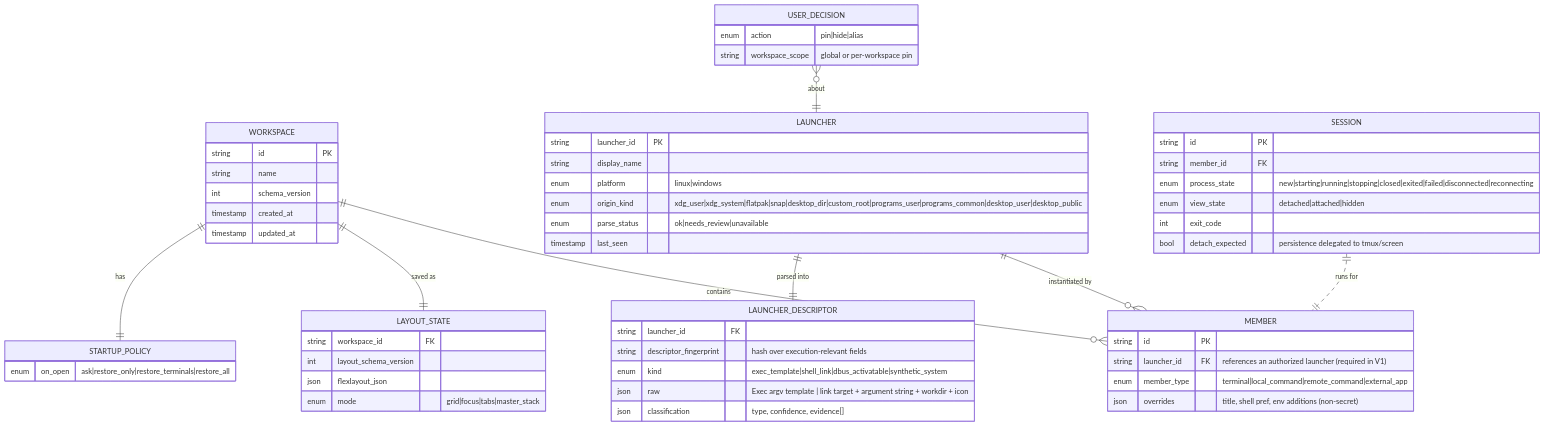
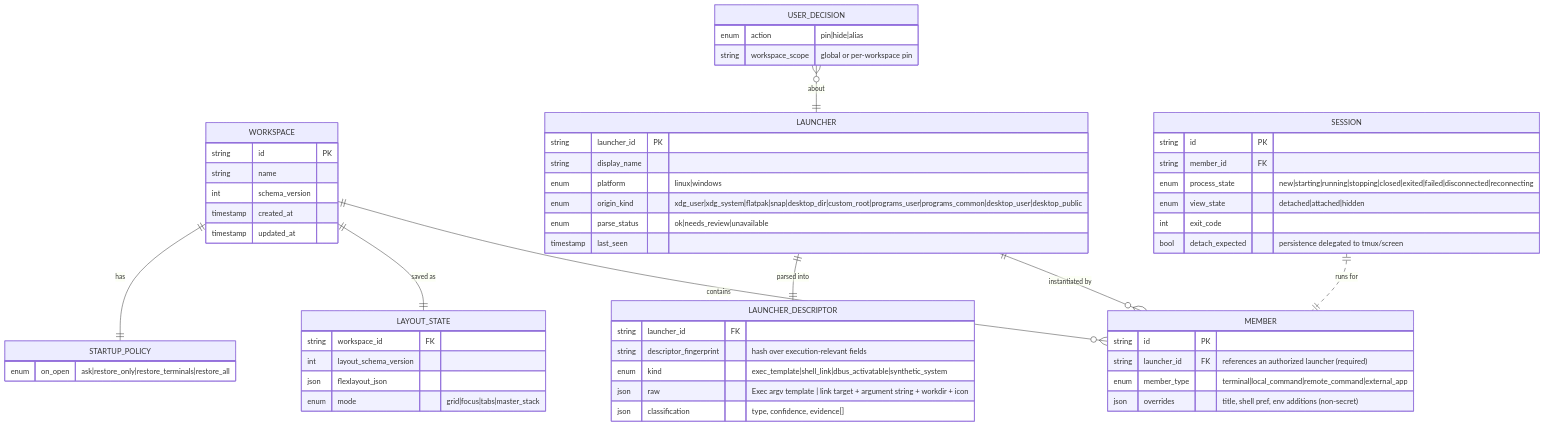
The diagram in docs/architecture/DOMAIN_MODEL.md (haithambrana/toolonize), drawn with Mermaid before and after one commit. The commit also changed other lines of this file and 129 other files, not shown here.

````diff
--- a/docs/architecture/DOMAIN_MODEL.md
+++ b/docs/architecture/DOMAIN_MODEL.md
@@ -10,60 +11,60 @@
 ```mermaid
 erDiagram
     WORKSPACE ||--o{ MEMBER : contains
     LAUNCHER ||--o{ MEMBER : "instantiated by"
     WORKSPACE ||--|| LAYOUT_STATE : "saved as"
     WORKSPACE ||--|| STARTUP_POLICY : has
     LAUNCHER ||--|| LAUNCHER_DESCRIPTOR : "parsed into"
     SESSION ||..|| MEMBER : "runs for"
     USER_DECISION }o--|| LAUNCHER : about
 
     WORKSPACE {
         string id PK
         string name
         int schema_version
         timestamp created_at
         timestamp updated_at
     }
     MEMBER {
         string id PK
-        string launcher_id FK "references an authorized launcher (required in V1)"
+        string launcher_id FK "references an authorized launcher (required)"
         enum member_type "terminal|local_command|remote_command|external_app"
         json overrides "title, shell pref, env additions (non-secret)"
     }
     LAYOUT_STATE {
         string workspace_id FK
         int layout_schema_version
         json flexlayout_json
         enum mode "grid|focus|tabs|master_stack"
     }
     STARTUP_POLICY {
         enum on_open "ask|restore_only|restore_terminals|restore_all"
     }
     LAUNCHER {
         string launcher_id PK
         string display_name
         enum platform "linux|windows"
         enum origin_kind "xdg_user|xdg_system|flatpak|snap|desktop_dir|custom_root|programs_user|programs_common|desktop_user|desktop_public"
         enum parse_status "ok|needs_review|unavailable"
         timestamp last_seen
     }
     LAUNCHER_DESCRIPTOR {
         string launcher_id FK
         string descriptor_fingerprint "hash over execution-relevant fields"
         enum kind "exec_template|shell_link|dbus_activatable|synthetic_system"
         json raw "Exec argv template | link target + argument string + workdir + icon"
         json classification "type, confidence, evidence[]"
     }
     SESSION {
         string id PK
         string member_id FK
         enum process_state "new|starting|running|stopping|closed|exited|failed|disconnected|reconnecting"
         enum view_state "detached|attached|hidden"
         int exit_code
         bool detach_expected "persistence delegated to tmux/screen"
     }
     USER_DECISION {
         enum action "pin|hide|alias"
         string workspace_scope "global or per-workspace pin"
     }
 ```
````
